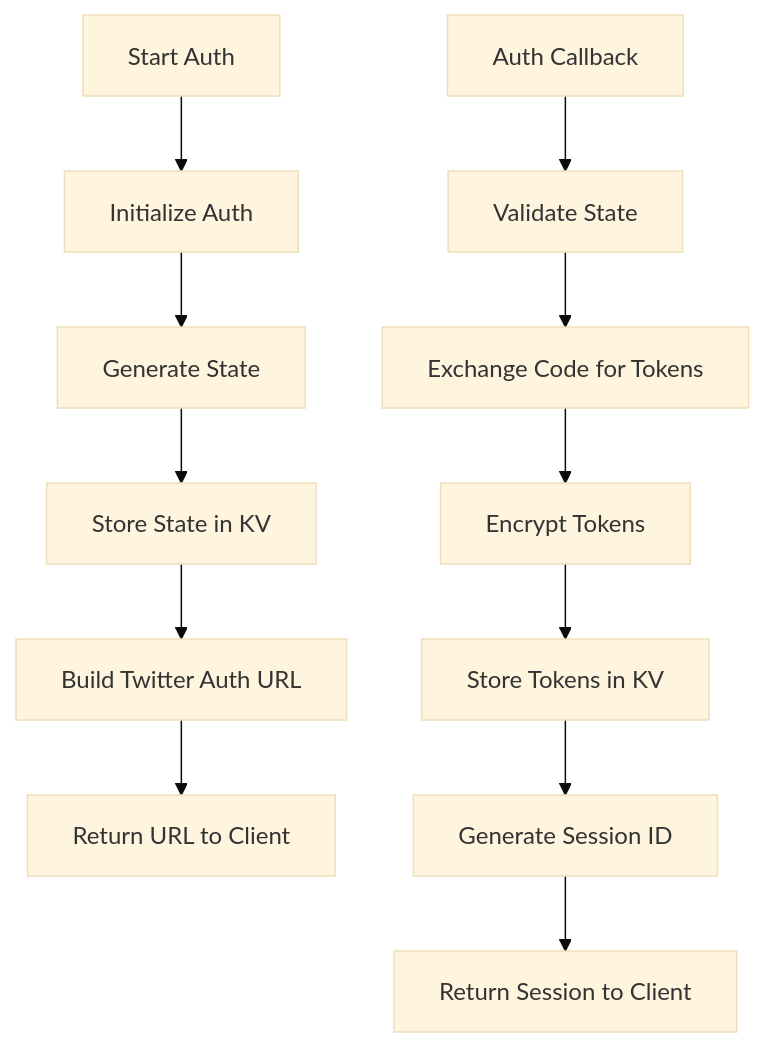
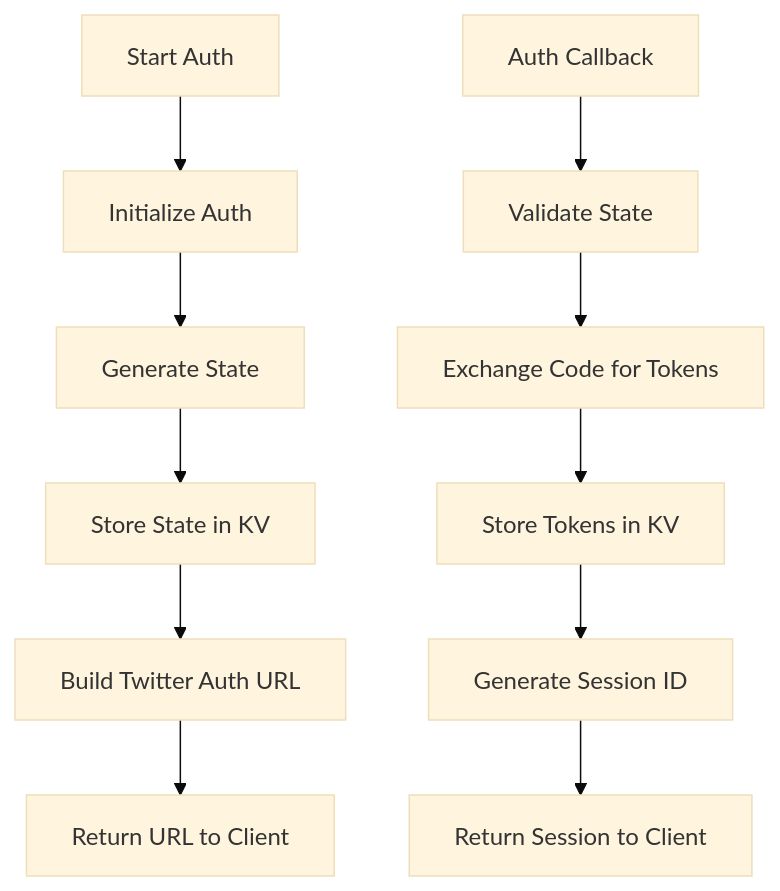
The ninth of 12 diagrams in memory-bank/systemPatterns.md (open-crosspost/open-crosspost-proxy-service), drawn with Mermaid (base theme) before and after one commit. The commit also changed other lines of this file and 11 other files, not shown here.

````diff
--- a/memory-bank/systemPatterns.md
+++ b/memory-bank/systemPatterns.md
@@ -147,15 +213,14 @@
 ```mermaid
 flowchart TD
     Start[Start Auth] --> InitAuth[Initialize Auth]
     InitAuth --> GenerateState[Generate State]
     GenerateState --> StoreState[Store State in KV]
     StoreState --> BuildURL[Build Twitter Auth URL]
     BuildURL --> ReturnURL[Return URL to Client]
     
     Callback[Auth Callback] --> ValidateState[Validate State]
     ValidateState --> ExchangeCode[Exchange Code for Tokens]
-    ExchangeCode --> EncryptTokens[Encrypt Tokens]
-    EncryptTokens --> StoreTokens[Store Tokens in KV]
+    ExchangeCode --> StoreTokens[Store Tokens in KV]
     StoreTokens --> GenerateSession[Generate Session ID]
     GenerateSession --> ReturnSession[Return Session to Client]
 ```
````
